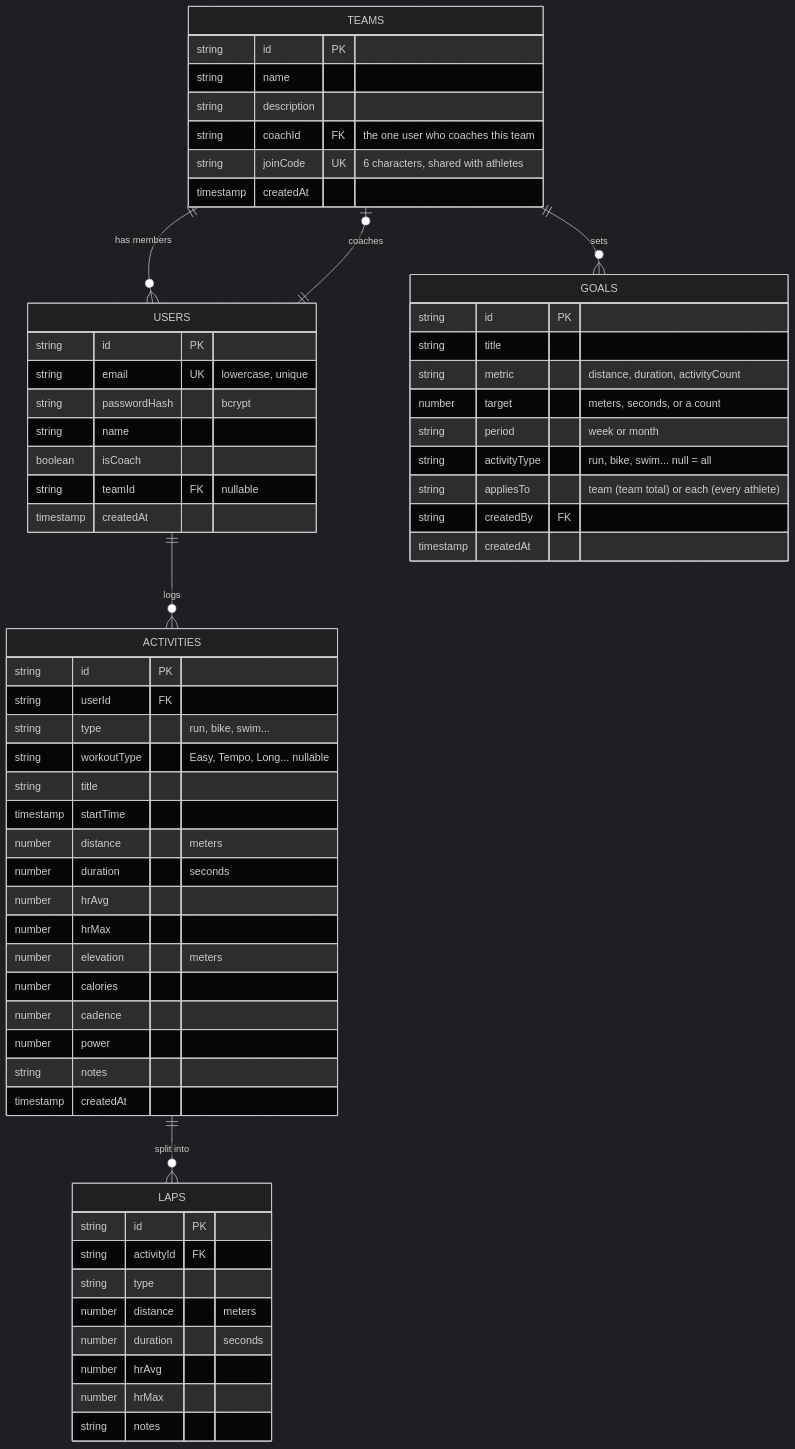
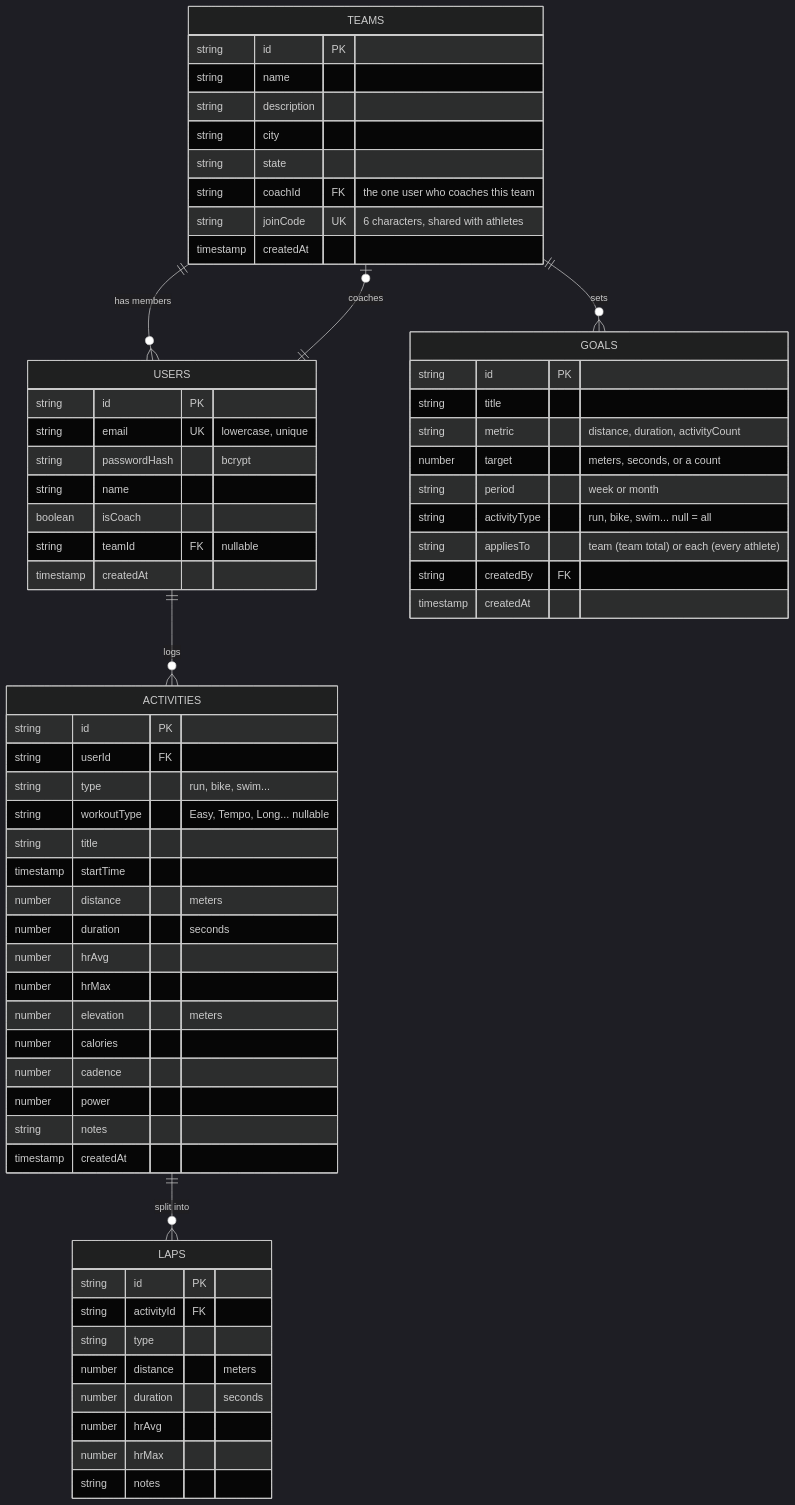
The diagram in README.md (Etown-CS310/StrideX-Training), drawn with Mermaid (dark theme) before and after one commit. The commit also changed other lines of this file and 6 other files, not shown here.

````diff
--- a/README.md
+++ b/README.md
@@ -88,65 +88,67 @@
 ```mermaid
 erDiagram
     TEAMS ||--o{ USERS : "has members"
     USERS ||--o| TEAMS : "coaches"
     TEAMS ||--o{ GOALS : "sets"
     USERS ||--o{ ACTIVITIES : "logs"
     ACTIVITIES ||--o{ LAPS : "split into"
 
     TEAMS {
         string id PK
         string name
         string description
+        string city
+        string state
         string coachId FK "the one user who coaches this team"
         string joinCode UK "6 characters, shared with athletes"
         timestamp createdAt
     }
     GOALS {
         string id PK
         string title
         string metric "distance, duration, activityCount"
         number target "meters, seconds, or a count"
         string period "week or month"
         string activityType "run, bike, swim... null = all"
         string appliesTo "team (team total) or each (every athlete)"
         string createdBy FK
         timestamp createdAt
     }
     USERS {
         string id PK
         string email UK "lowercase, unique"
         string passwordHash "bcrypt"
         string name
         boolean isCoach
         string teamId FK "nullable"
         timestamp createdAt
     }
     ACTIVITIES {
         string id PK
         string userId FK
         string type "run, bike, swim..."
         string workoutType "Easy, Tempo, Long... nullable"
         string title
         timestamp startTime
         number distance "meters"
         number duration "seconds"
         number hrAvg
         number hrMax
         number elevation "meters"
         number calories
         number cadence
         number power
         string notes
         timestamp createdAt
     }
     LAPS {
         string id PK
         string activityId FK
         string type
         number distance "meters"
         number duration "seconds"
         number hrAvg
         number hrMax
         string notes
     }
 ```
````
